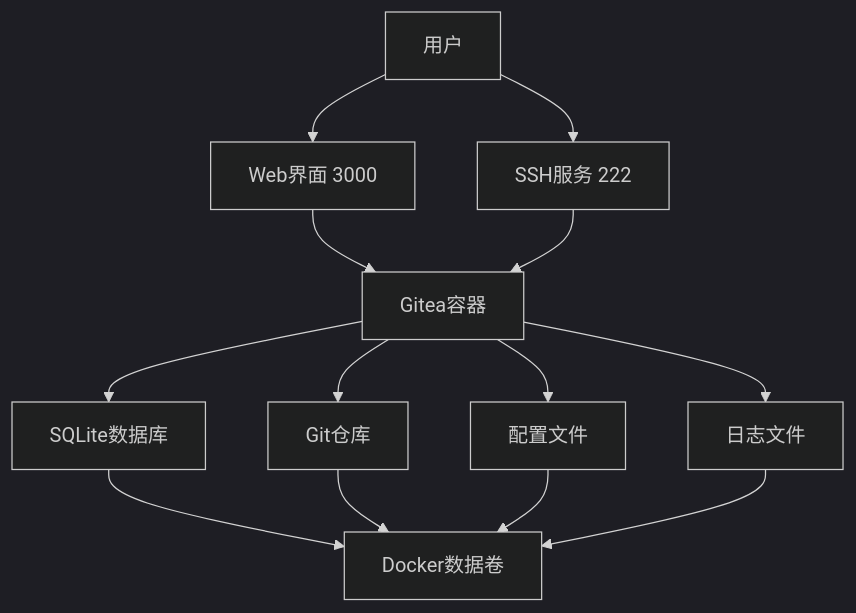
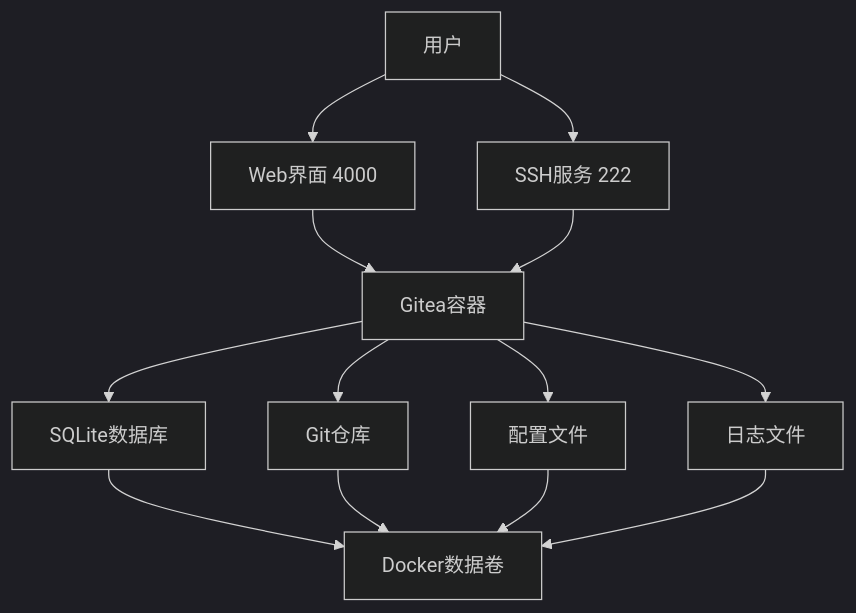
The diagram in README.md (2niuhe/gitea-install), drawn with Mermaid (dark theme) before and after one commit. The commit also changed other lines of this file and 8 other files, not shown here.

````diff
--- a/README.md
+++ b/README.md
@@ -76,15 +76,15 @@
 ```mermaid
 graph TB
-    A[用户] --> B[Web界面 3000]
+    A[用户] --> B[Web界面 4000]
     A --> C[SSH服务 222]
     B --> D[Gitea容器]
     C --> D
     D --> E[SQLite数据库]
     D --> F[Git仓库]
     D --> G[配置文件]
     D --> H[日志文件]
     E --> I[Docker数据卷]
     F --> I
     G --> I
     H --> I
 ```
````
